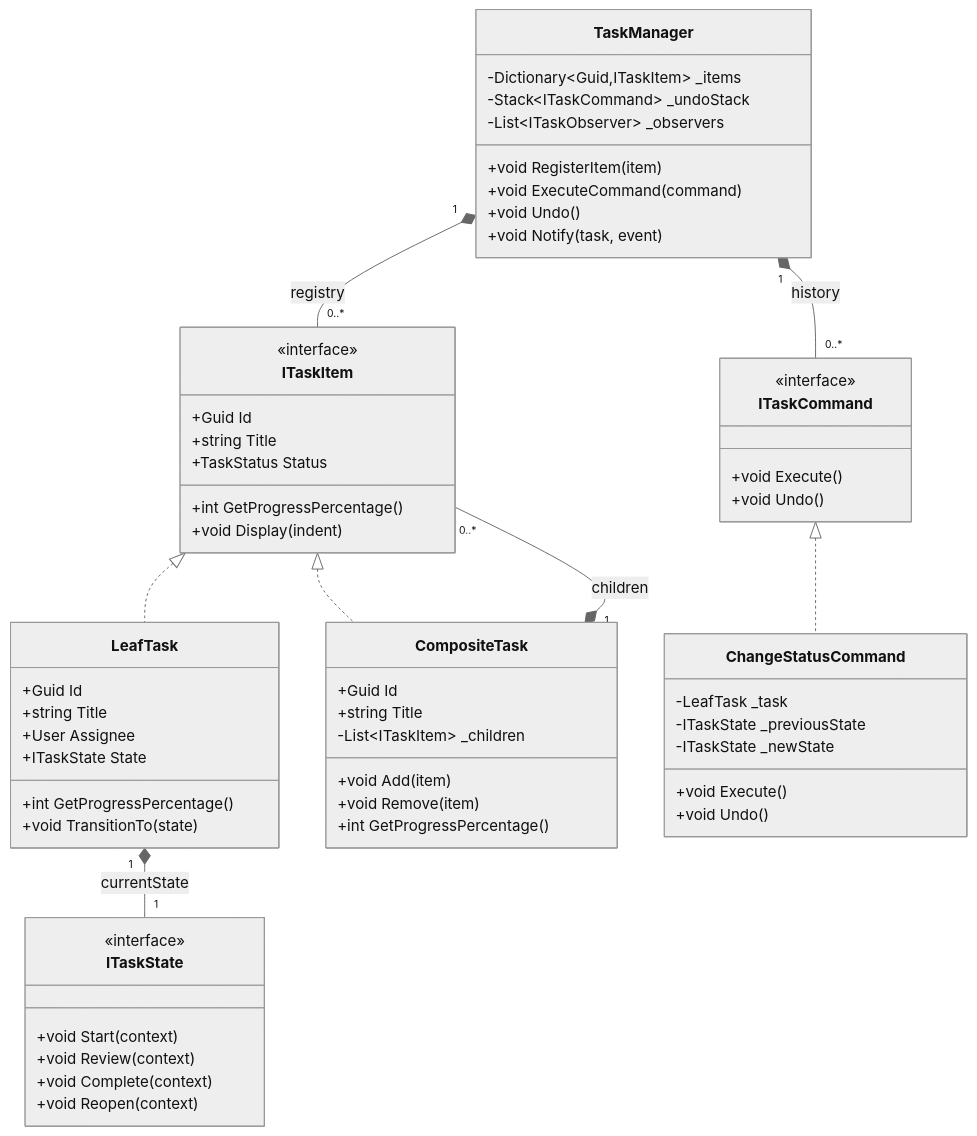
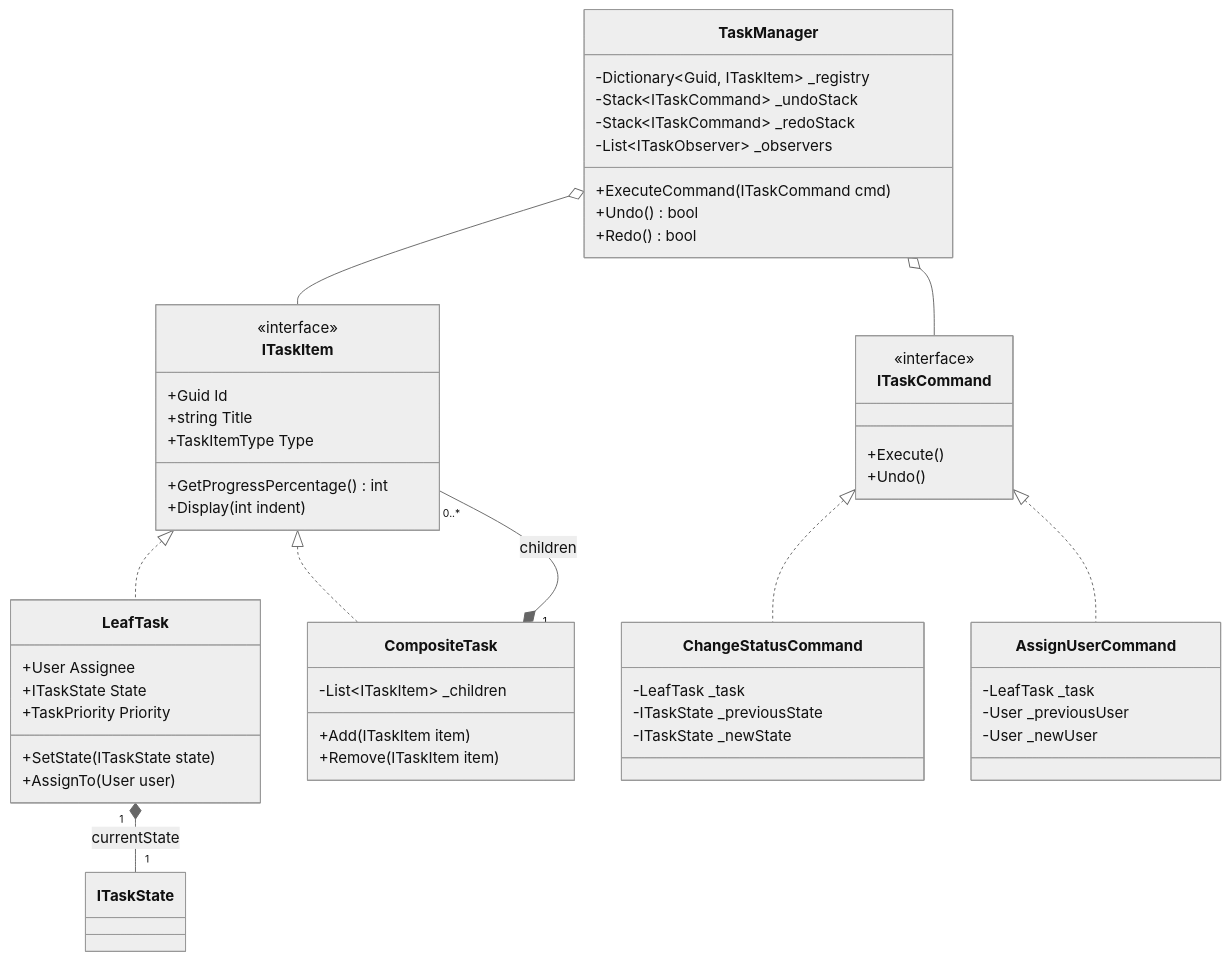
Before and after one commit to dip4k/DSA_102: the second of 2 diagrams in LLD/02_Tier2_Classic_LLD/14_Task_Management_System.md, drawn with Mermaid (neutral theme). The commit also changed other lines of this file and 50 other files, not shown here.

````diff
--- a/LLD/02_Tier2_Classic_LLD/14_Task_Management_System.md
+++ b/LLD/02_Tier2_Classic_LLD/14_Task_Management_System.md
@@ -36,71 +80,64 @@
 ```mermaid
 classDiagram
     direction TB
 
     class ITaskItem {
         <<interface>>
         +Guid Id
         +string Title
-        +TaskStatus Status
-        +int GetProgressPercentage()
-        +void Display(indent)
+        +TaskItemType Type
+        +GetProgressPercentage() int
+        +Display(int indent)
     }
 
     class LeafTask {
-        +Guid Id
-        +string Title
         +User Assignee
         +ITaskState State
-        +int GetProgressPercentage()
-        +void TransitionTo(state)
+        +TaskPriority Priority
+        +SetState(ITaskState state)
+        +AssignTo(User user)
     }
 
     class CompositeTask {
-        +Guid Id
-        +string Title
         -List~ITaskItem~ _children
-        +void Add(item)
-        +void Remove(item)
-        +int GetProgressPercentage()
-    }
-
-    class ITaskState {
-        <<interface>>
-        +void Start(context)
-        +void Review(context)
-        +void Complete(context)
-        +void Reopen(context)
+        +Add(ITaskItem item)
+        +Remove(ITaskItem item)
     }
 
     class ITaskCommand {
         <<interface>>
-        +void Execute()
-        +void Undo()
+        +Execute()
+        +Undo()
     }
 
     class ChangeStatusCommand {
         -LeafTask _task
         -ITaskState _previousState
         -ITaskState _newState
-        +void Execute()
-        +void Undo()
+    }
+
+    class AssignUserCommand {
+        -LeafTask _task
+        -User _previousUser
+        -User _newUser
     }
 
     class TaskManager {
-        -Dictionary~Guid,ITaskItem~ _items
+        -Dictionary~Guid, ITaskItem~ _registry
         -Stack~ITaskCommand~ _undoStack
+        -Stack~ITaskCommand~ _redoStack
         -List~ITaskObserver~ _observers
-        +void RegisterItem(item)
-        +void ExecuteCommand(command)
-        +void Undo()
-        +void Notify(task, event)
+        +ExecuteCommand(ITaskCommand cmd)
+        +Undo() bool
+        +Redo() bool
     }
 
     ITaskItem <|.. LeafTask
     ITaskItem <|.. CompositeTask
     CompositeTask "1" *-- "0..*" ITaskItem : children
     LeafTask "1" *-- "1" ITaskState : currentState
     ITaskCommand <|.. ChangeStatusCommand
-    TaskManager "1" *-- "0..*" ITaskItem : registry
-    TaskManager "1" *-- "0..*" ITaskCommand : history
+    ITaskCommand <|.. AssignUserCommand
+    TaskManager o-- ITaskItem
+    TaskManager o-- ITaskCommand
 ```
````
